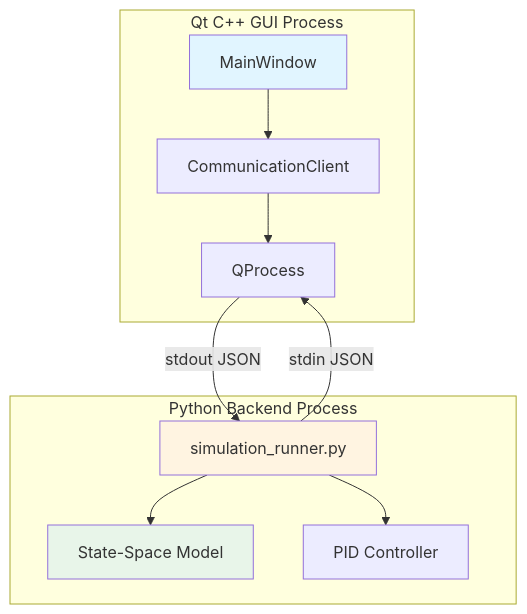
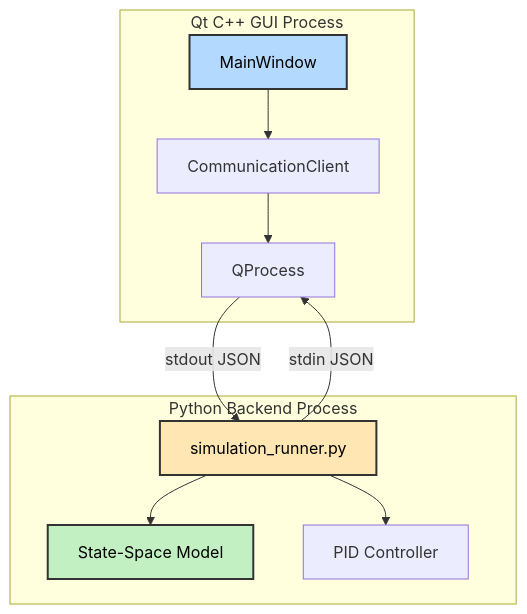
The third of 6 diagrams in README.md (chetan0021/monitoring-rotory-valve), drawn with Mermaid before and after one commit. The commit also changed other lines of this file, not shown here.

Commit message:
Fix remaining Mermaid diagram text visibility issues

````diff
--- a/README.md
+++ b/README.md
@@ -408,25 +408,25 @@
 ```mermaid
 graph TB
     subgraph "Qt C++ GUI Process"
         A[MainWindow]
         B[CommunicationClient]
         C[QProcess]
     end
     
     subgraph "Python Backend Process"
         D[simulation_runner.py]
         E[State-Space Model]
         F[PID Controller]
     end
     
     A --> B
     B --> C
     C -->|stdout JSON| D
     D -->|stdin JSON| C
     D --> E
     D --> F
     
-    style A fill:#e1f5ff
-    style D fill:#fff4e1
-    style E fill:#e8f5e9
+    style A fill:#b3d9ff,stroke:#333,stroke-width:2px,color:#000
+    style D fill:#ffe6b3,stroke:#333,stroke-width:2px,color:#000
+    style E fill:#c2f0c2,stroke:#333,stroke-width:2px,color:#000
 ```
````
